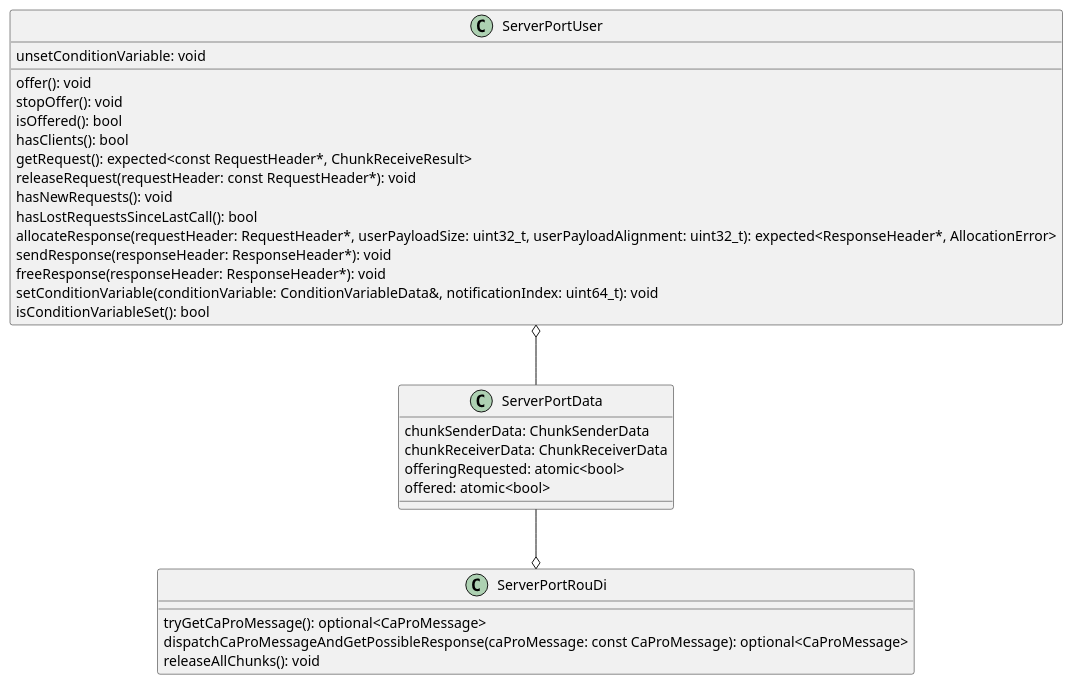
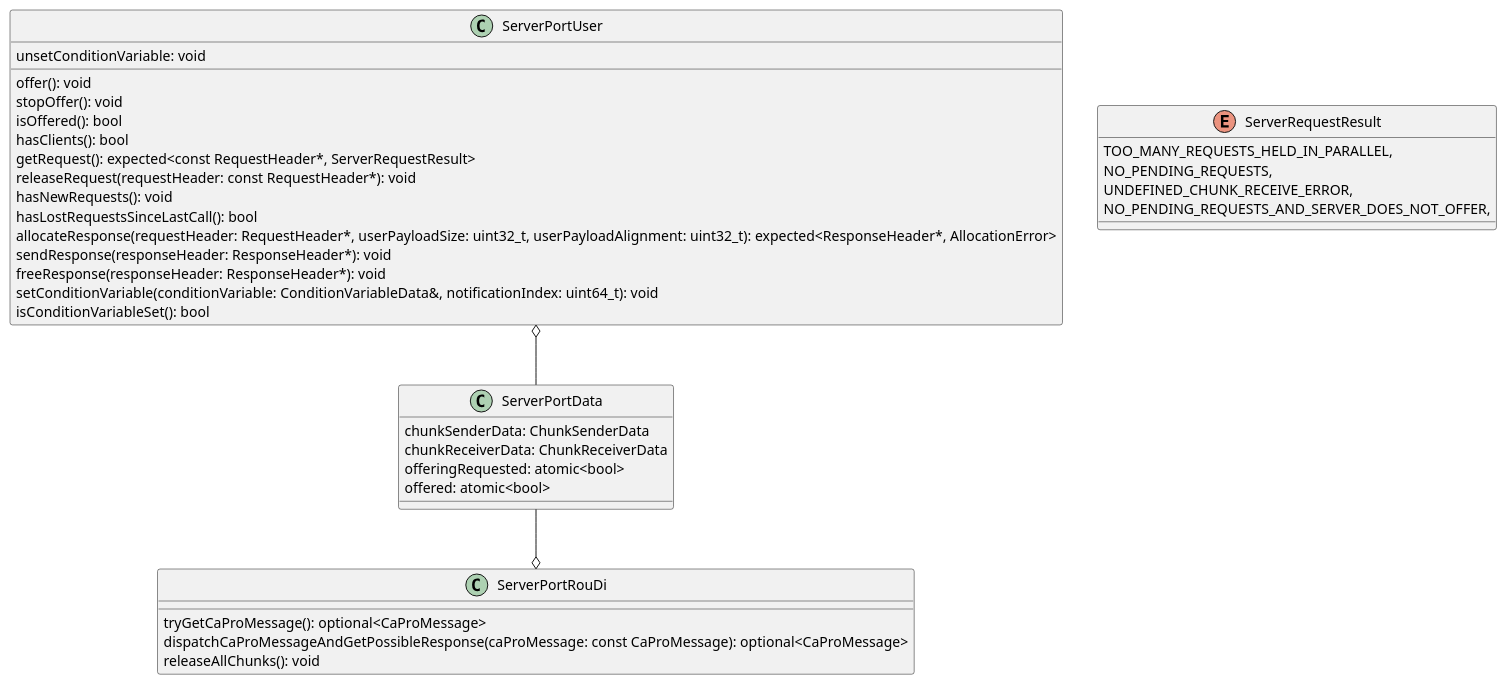
One commit to eclipse-iceoryx/iceoryx changed the diagram in doc/design/diagrams/request_response/server_port.puml. Above: the diagram before and after it, drawn with PlantUML. The commit also changed 5 other files, not shown here.

Commit message:
iox-#27 Update documentation and refactor ServerPortUser::RequestResult to ServerRequestResult

```diff
--- a/doc/design/diagrams/request_response/server_port.puml
+++ b/doc/design/diagrams/request_response/server_port.puml
@@ -1,36 +1,44 @@
 @startuml
 
 class ServerPortData {
   chunkSenderData: ChunkSenderData
   chunkReceiverData: ChunkReceiverData
   offeringRequested: atomic<bool>
   offered: atomic<bool>
 }
 
+
+enum ServerRequestResult {
+    TOO_MANY_REQUESTS_HELD_IN_PARALLEL,
+    NO_PENDING_REQUESTS,
+    UNDEFINED_CHUNK_RECEIVE_ERROR,
+    NO_PENDING_REQUESTS_AND_SERVER_DOES_NOT_OFFER,
+}
+
 class ServerPortUser {
   offer(): void
   stopOffer(): void
   isOffered(): bool
   hasClients(): bool
-  getRequest(): expected<const RequestHeader*, ChunkReceiveResult>
+  getRequest(): expected<const RequestHeader*, ServerRequestResult>
   releaseRequest(requestHeader: const RequestHeader*): void
   hasNewRequests(): void
   hasLostRequestsSinceLastCall(): bool
   allocateResponse(requestHeader: RequestHeader*, userPayloadSize: uint32_t, userPayloadAlignment: uint32_t): expected<ResponseHeader*, AllocationError>
   sendResponse(responseHeader: ResponseHeader*): void
   freeResponse(responseHeader: ResponseHeader*): void
   setConditionVariable(conditionVariable: ConditionVariableData&, notificationIndex: uint64_t): void
   unsetConditionVariable: void
   isConditionVariableSet(): bool
 }
 
 class ServerPortRouDi {
   tryGetCaProMessage(): optional<CaProMessage>
   dispatchCaProMessageAndGetPossibleResponse(caProMessage: const CaProMessage): optional<CaProMessage>
   releaseAllChunks(): void
 }
 
 ServerPortUser o-- ServerPortData
 ServerPortData --o ServerPortRouDi
 
 @enduml
```
